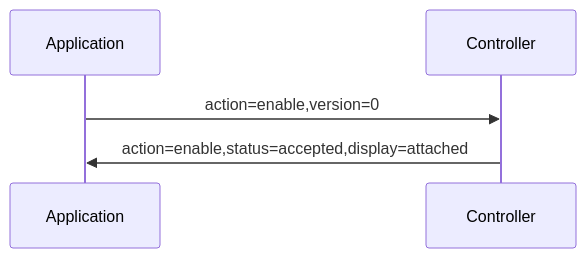
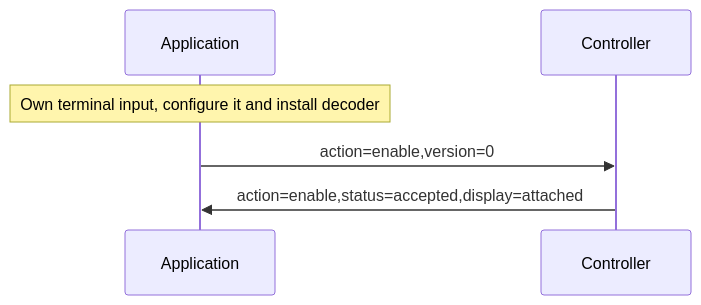
The third of 7 diagrams in docs/terminal-recovery-protocol-spec.md (claes/kittyplex), drawn with Mermaid before and after one commit. The commit also changed other lines of this file and 3 other files, not shown here.

````diff
--- a/docs/terminal-recovery-protocol-spec.md
+++ b/docs/terminal-recovery-protocol-spec.md
@@ -191,7 +204,8 @@
 ```mermaid
 sequenceDiagram
     participant A as Application
     participant C as Controller
+    Note over A: Own terminal input, configure it and install decoder
     A->>C: action=enable,version=0
     C->>A: action=enable,status=accepted,display=attached
 ```
````
